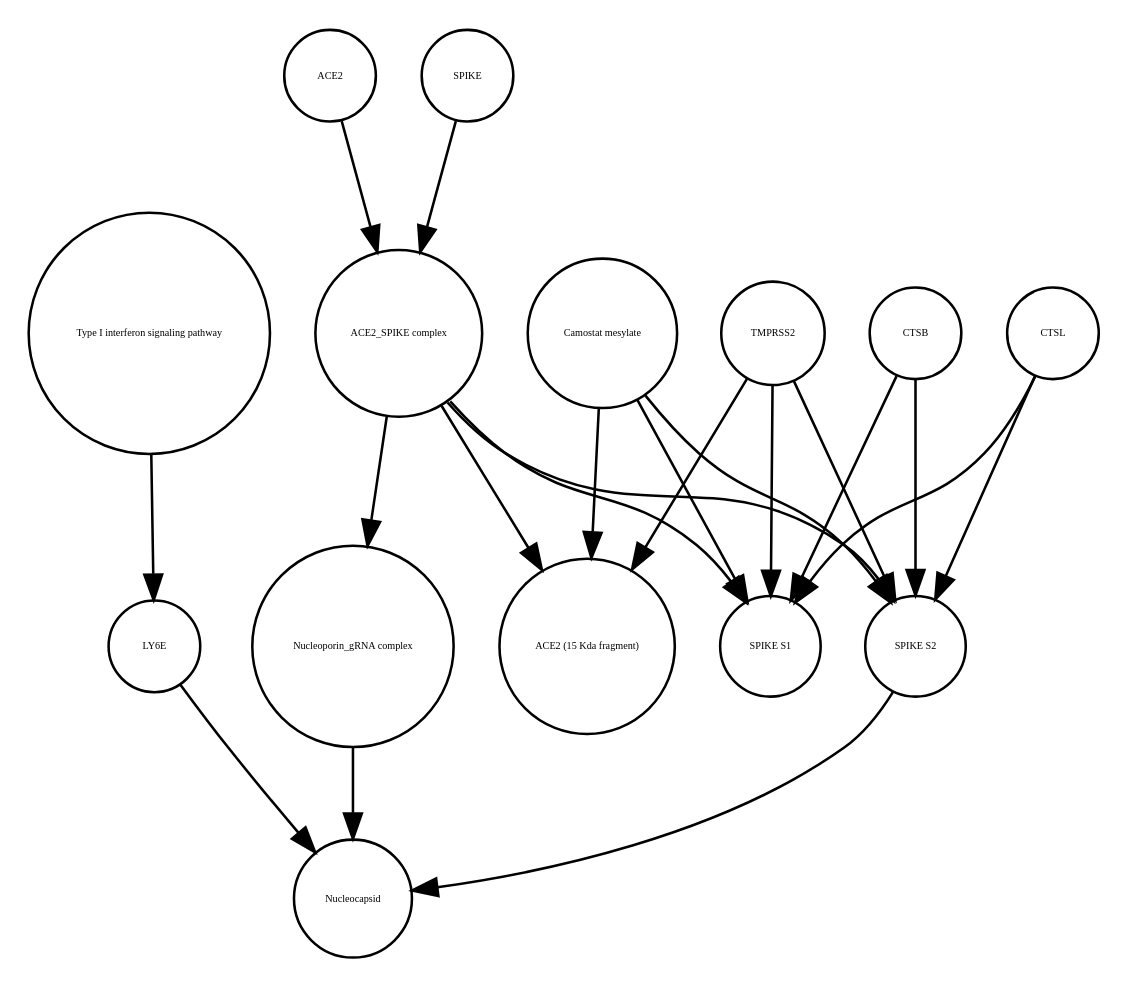
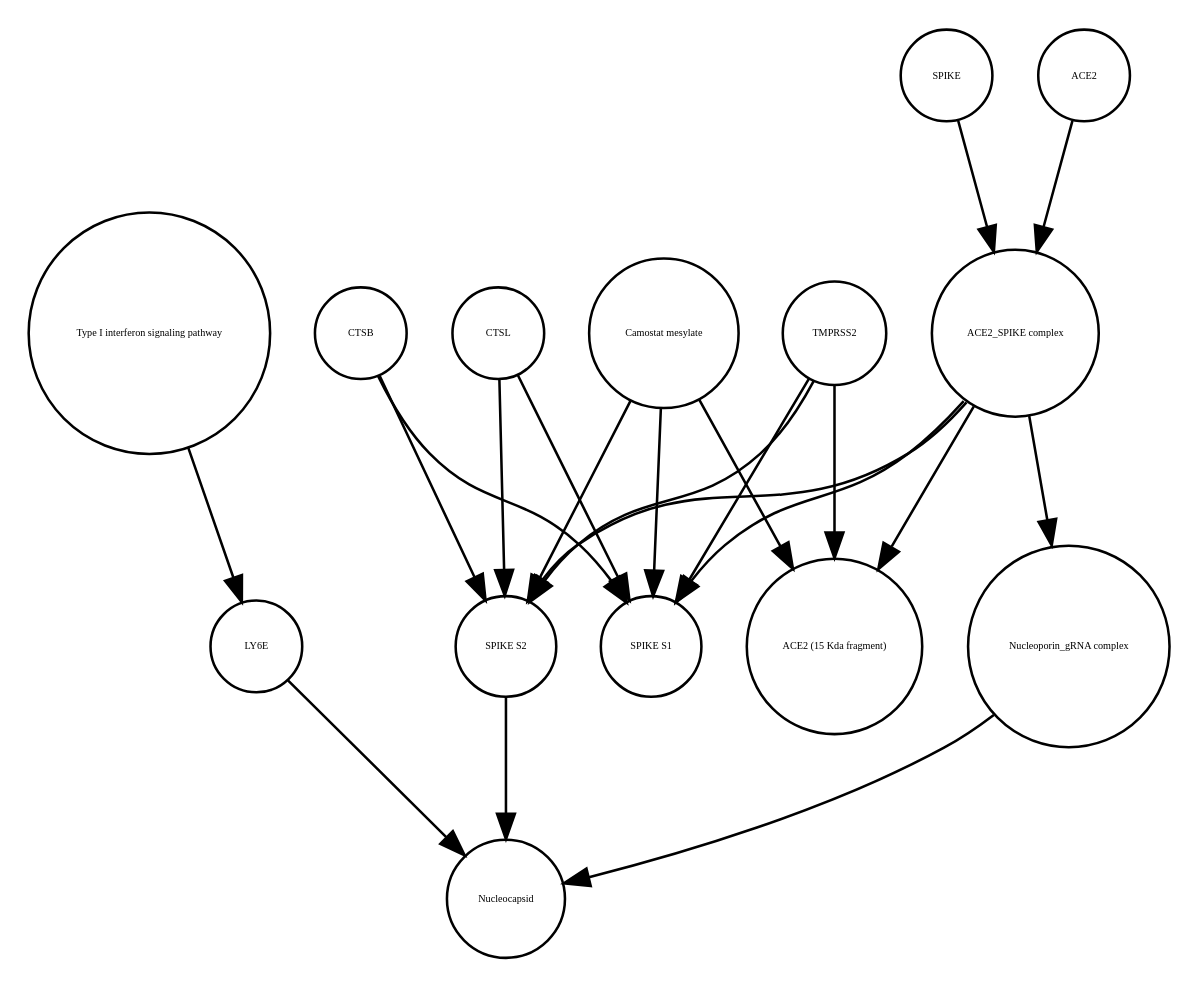
Before and after one commit to cannin/covid19-sbgn: the diagram in Virus_replication_cycle_V01.xml_projected.dot, drawn with Graphviz. The commit also changed other lines of this file and 572 other files, not shown here.

```diff
--- a/Virus_replication_cycle_V01.xml_projected.dot
+++ b/Virus_replication_cycle_V01.xml_projected.dot
@@ -1,36 +1,36 @@
 strict digraph  {
 "Type I interferon signaling pathway" [annotation="", bipartite=0, cls=phenotype, fontsize=4, label="Type I interferon signaling pathway", shape=circle];
 LY6E [annotation="", bipartite=0, cls=macromolecule, fontsize=4, label=LY6E, shape=circle];
+CTSB [annotation="", bipartite=0, cls=macromolecule, fontsize=4, label=CTSB, shape=circle];
+SPIKE [annotation="", bipartite=0, cls="macromolecule multimer", fontsize=4, label=SPIKE, shape=circle];
+"ACE2_SPIKE complex" [annotation="", bipartite=0, cls=complex, fontsize=4, label="ACE2_SPIKE complex", shape=circle];
+ACE2 [annotation="", bipartite=0, cls=macromolecule, fontsize=4, label=ACE2, shape=circle];
+Nucleocapsid [annotation="", bipartite=0, cls=complex, fontsize=4, label=Nucleocapsid, shape=circle];
+"SPIKE S1" [annotation="", bipartite=0, cls=macromolecule, fontsize=4, label="SPIKE S1", shape=circle];
 CTSL [annotation="", bipartite=0, cls=macromolecule, fontsize=4, label=CTSL, shape=circle];
-Nucleocapsid [annotation="", bipartite=0, cls=complex, fontsize=4, label=Nucleocapsid, shape=circle];
+"SPIKE S2" [annotation="", bipartite=0, cls=macromolecule, fontsize=4, label="SPIKE S2", shape=circle];
+"ACE2 (15 Kda fragment)" [annotation="", bipartite=0, cls=macromolecule, fontsize=4, label="ACE2 (15 Kda fragment)", shape=circle];
 "Nucleoporin_gRNA complex " [annotation="", bipartite=0, cls=complex, fontsize=4, label="Nucleoporin_gRNA complex ", shape=circle];
-"SPIKE S1" [annotation="", bipartite=0, cls=macromolecule, fontsize=4, label="SPIKE S1", shape=circle];
-ACE2 [annotation="", bipartite=0, cls=macromolecule, fontsize=4, label=ACE2, shape=circle];
-CTSB [annotation="", bipartite=0, cls=macromolecule, fontsize=4, label=CTSB, shape=circle];
 "Camostat mesylate" [annotation="urn_miriam_pubchem.compound_2536", bipartite=0, cls="simple chemical", fontsize=4, label="Camostat mesylate", shape=circle];
-"ACE2_SPIKE complex" [annotation="", bipartite=0, cls=complex, fontsize=4, label="ACE2_SPIKE complex", shape=circle];
-SPIKE [annotation="", bipartite=0, cls="macromolecule multimer", fontsize=4, label=SPIKE, shape=circle];
 TMPRSS2 [annotation="", bipartite=0, cls=macromolecule, fontsize=4, label=TMPRSS2, shape=circle];
-"ACE2 (15 Kda fragment)" [annotation="", bipartite=0, cls=macromolecule, fontsize=4, label="ACE2 (15 Kda fragment)", shape=circle];
-"SPIKE S2" [annotation="", bipartite=0, cls=macromolecule, fontsize=4, label="SPIKE S2", shape=circle];
 "Type I interferon signaling pathway" -> LY6E  [annotation="", interaction_type=stimulation];
 LY6E -> Nucleocapsid  [annotation="urn_miriam_doi_10.1101%2F2020.03.05.979260", interaction_type=inhibition];
-CTSL -> "SPIKE S1"  [annotation=urn_miriam_pubmed_32142651, interaction_type=catalysis];
-CTSL -> "SPIKE S2"  [annotation=urn_miriam_pubmed_32142651, interaction_type=catalysis];
-"Nucleoporin_gRNA complex " -> Nucleocapsid  [annotation="", interaction_type=production];
-ACE2 -> "ACE2_SPIKE complex"  [annotation="", interaction_type=production];
 CTSB -> "SPIKE S1"  [annotation=urn_miriam_pubmed_32142651, interaction_type=catalysis];
 CTSB -> "SPIKE S2"  [annotation=urn_miriam_pubmed_32142651, interaction_type=catalysis];
-"Camostat mesylate" -> "SPIKE S1"  [annotation="urn_miriam_pubmed_32142651|urn_miriam_pubmed_32094589|urn_miriam_pubmed_24227843", interaction_type=inhibition];
-"Camostat mesylate" -> "ACE2 (15 Kda fragment)"  [annotation="urn_miriam_pubmed_32142651|urn_miriam_pubmed_32094589|urn_miriam_pubmed_24227843", interaction_type=inhibition];
-"Camostat mesylate" -> "SPIKE S2"  [annotation="urn_miriam_pubmed_32142651|urn_miriam_pubmed_32094589|urn_miriam_pubmed_24227843", interaction_type=inhibition];
+SPIKE -> "ACE2_SPIKE complex"  [annotation="", interaction_type=production];
+"ACE2_SPIKE complex" -> "Nucleoporin_gRNA complex "  [annotation="urn_miriam_pubmed_32142651|urn_miriam_pubmed_32094589", interaction_type=stimulation];
 "ACE2_SPIKE complex" -> "ACE2 (15 Kda fragment)"  [annotation="", interaction_type=production];
 "ACE2_SPIKE complex" -> "SPIKE S1"  [annotation="", interaction_type=production];
 "ACE2_SPIKE complex" -> "SPIKE S2"  [annotation="", interaction_type=production];
-"ACE2_SPIKE complex" -> "Nucleoporin_gRNA complex "  [annotation="urn_miriam_pubmed_32142651|urn_miriam_pubmed_32094589", interaction_type=stimulation];
-SPIKE -> "ACE2_SPIKE complex"  [annotation="", interaction_type=production];
+ACE2 -> "ACE2_SPIKE complex"  [annotation="", interaction_type=production];
+CTSL -> "SPIKE S1"  [annotation=urn_miriam_pubmed_32142651, interaction_type=catalysis];
+CTSL -> "SPIKE S2"  [annotation=urn_miriam_pubmed_32142651, interaction_type=catalysis];
+"SPIKE S2" -> Nucleocapsid  [annotation="urn_miriam_doi_10.1101%2F2020.03.05.979260", interaction_type=stimulation];
+"Nucleoporin_gRNA complex " -> Nucleocapsid  [annotation="", interaction_type=production];
+"Camostat mesylate" -> "ACE2 (15 Kda fragment)"  [annotation="urn_miriam_pubmed_32142651|urn_miriam_pubmed_32094589|urn_miriam_pubmed_24227843", interaction_type=inhibition];
+"Camostat mesylate" -> "SPIKE S1"  [annotation="urn_miriam_pubmed_32142651|urn_miriam_pubmed_32094589|urn_miriam_pubmed_24227843", interaction_type=inhibition];
+"Camostat mesylate" -> "SPIKE S2"  [annotation="urn_miriam_pubmed_32142651|urn_miriam_pubmed_32094589|urn_miriam_pubmed_24227843", interaction_type=inhibition];
+TMPRSS2 -> "ACE2 (15 Kda fragment)"  [annotation="urn_miriam_pubmed_32142651|urn_miriam_pubmed_32094589|urn_miriam_pubmed_24227843", interaction_type=catalysis];
 TMPRSS2 -> "SPIKE S1"  [annotation="urn_miriam_pubmed_32142651|urn_miriam_pubmed_32094589|urn_miriam_pubmed_24227843", interaction_type=catalysis];
-TMPRSS2 -> "ACE2 (15 Kda fragment)"  [annotation="urn_miriam_pubmed_32142651|urn_miriam_pubmed_32094589|urn_miriam_pubmed_24227843", interaction_type=catalysis];
 TMPRSS2 -> "SPIKE S2"  [annotation="urn_miriam_pubmed_32142651|urn_miriam_pubmed_32094589|urn_miriam_pubmed_24227843", interaction_type=catalysis];
-"SPIKE S2" -> Nucleocapsid  [annotation="urn_miriam_doi_10.1101%2F2020.03.05.979260", interaction_type=stimulation];
 }
```
